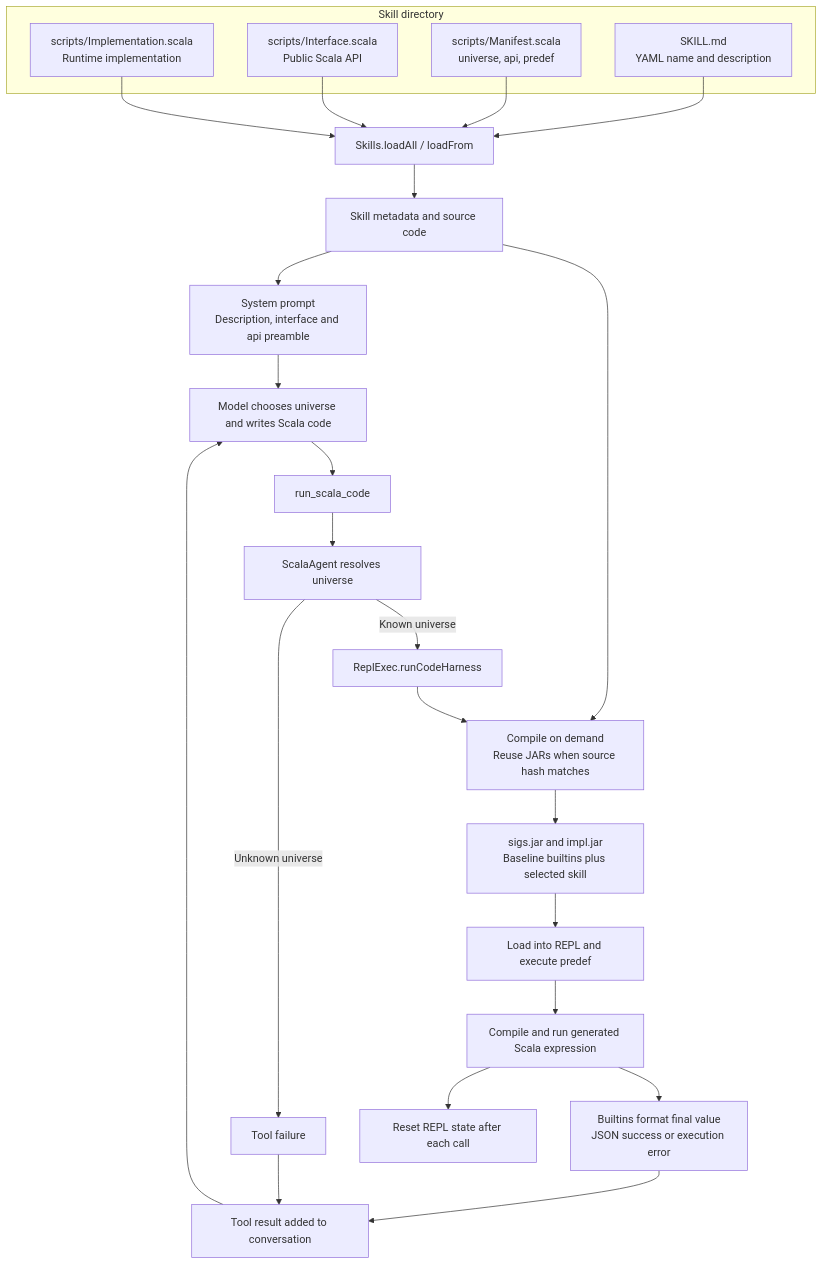
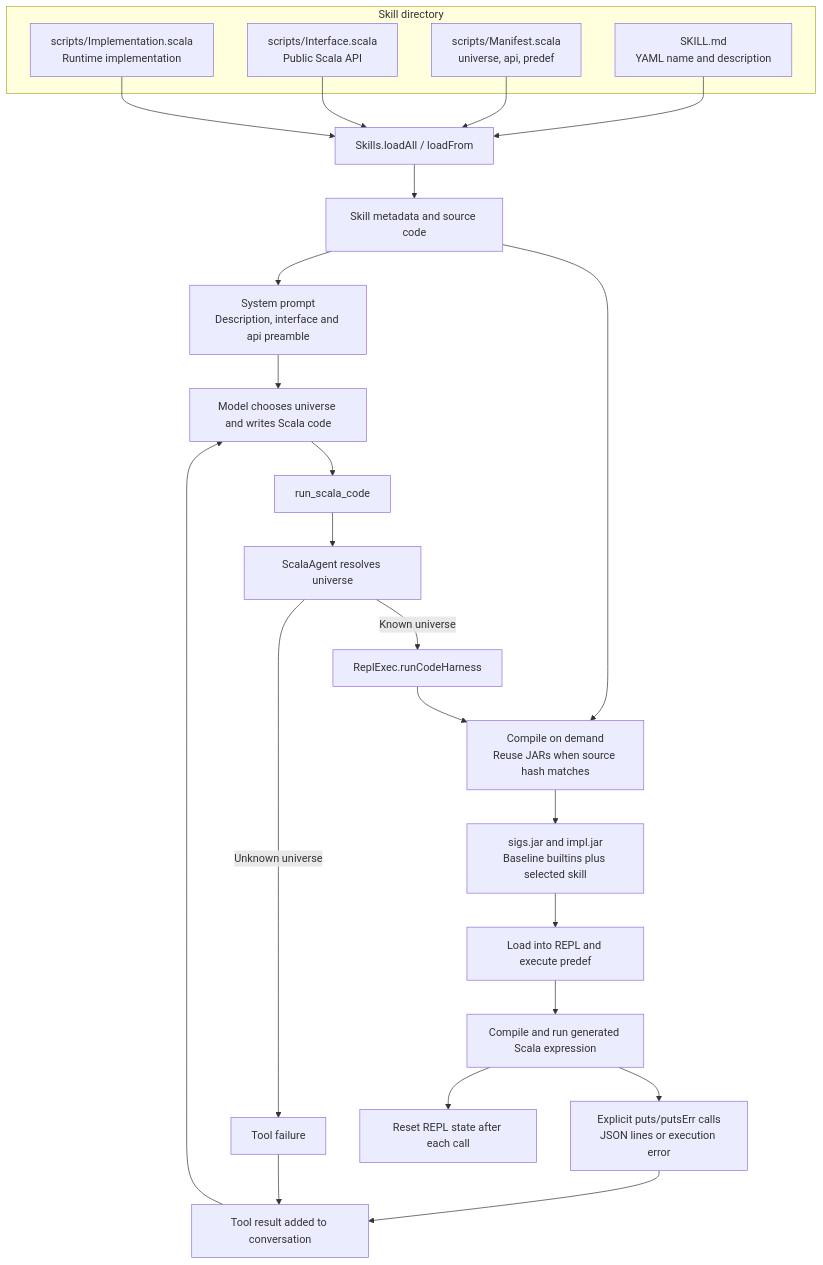
The second of 2 diagrams in README.md (bishabosha/capybara-agent), drawn with Mermaid before and after one commit. The commit also changed other lines of this file and 22 other files, not shown here.

````diff
--- a/README.md
+++ b/README.md
@@ -69,30 +69,30 @@
 ```mermaid
 flowchart TD
     subgraph Definition["Skill directory"]
         Md["SKILL.md<br/>YAML name and description"]
         Manifest["scripts/Manifest.scala<br/>universe, api, predef"]
         Interface["scripts/Interface.scala<br/>Public Scala API"]
         Implementation["scripts/Implementation.scala<br/>Runtime implementation"]
     end
     Md --> Load["Skills.loadAll / loadFrom"]
     Manifest --> Load
     Interface --> Load
     Implementation --> Load
     Load --> Skill["Skill metadata and source code"]
     Skill --> Prompt["System prompt<br/>Description, interface and api preamble"]
     Prompt --> Model["Model chooses universe and writes Scala code"]
     Model --> Call["run_scala_code"]
     Call --> Resolve["ScalaAgent resolves universe"]
     Resolve -->|"Unknown universe"| Error["Tool failure"]
     Resolve -->|"Known universe"| Harness["ReplExec.runCodeHarness"]
     Skill --> Compile["Compile on demand<br/>Reuse JARs when source hash matches"]
     Harness --> Compile
     Compile --> Jars["sigs.jar and impl.jar<br/>Baseline builtins plus selected skill"]
     Jars --> REPL["Load into REPL and execute predef"]
     REPL --> Execute["Compile and run generated Scala expression"]
-    Execute --> Format["Builtins format final value<br/>JSON success or execution error"]
+    Execute --> Format["Explicit puts/putsErr calls<br/>JSON lines or execution error"]
     Format --> History["Tool result added to conversation"]
     Error --> History
     History --> Model
     Execute --> Reset["Reset REPL state after each call"]
 ```
````
